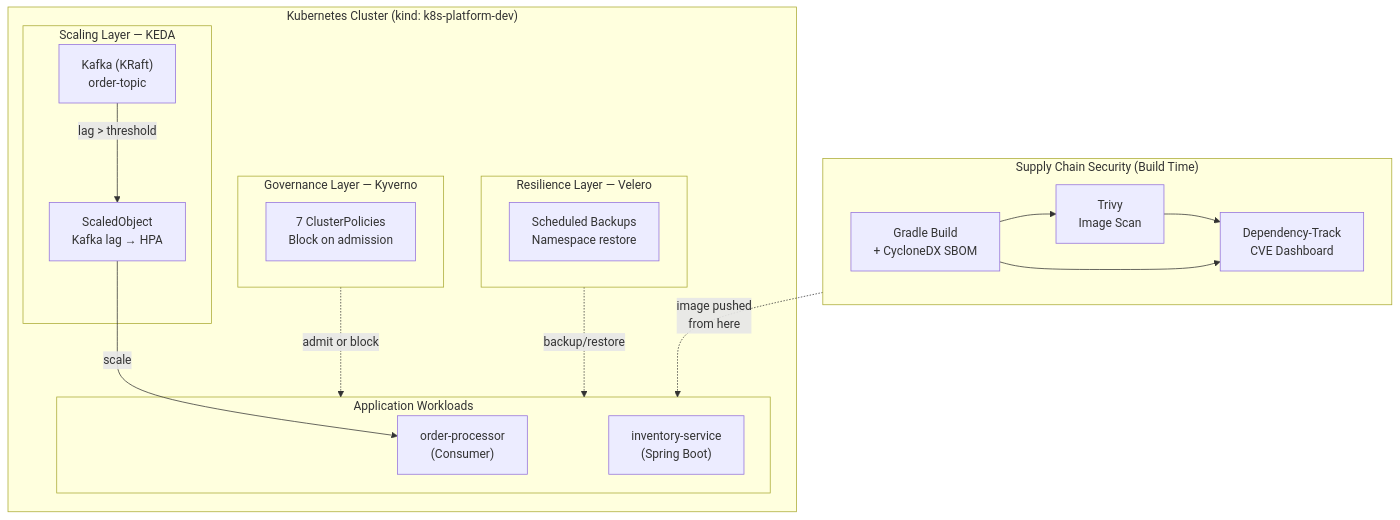
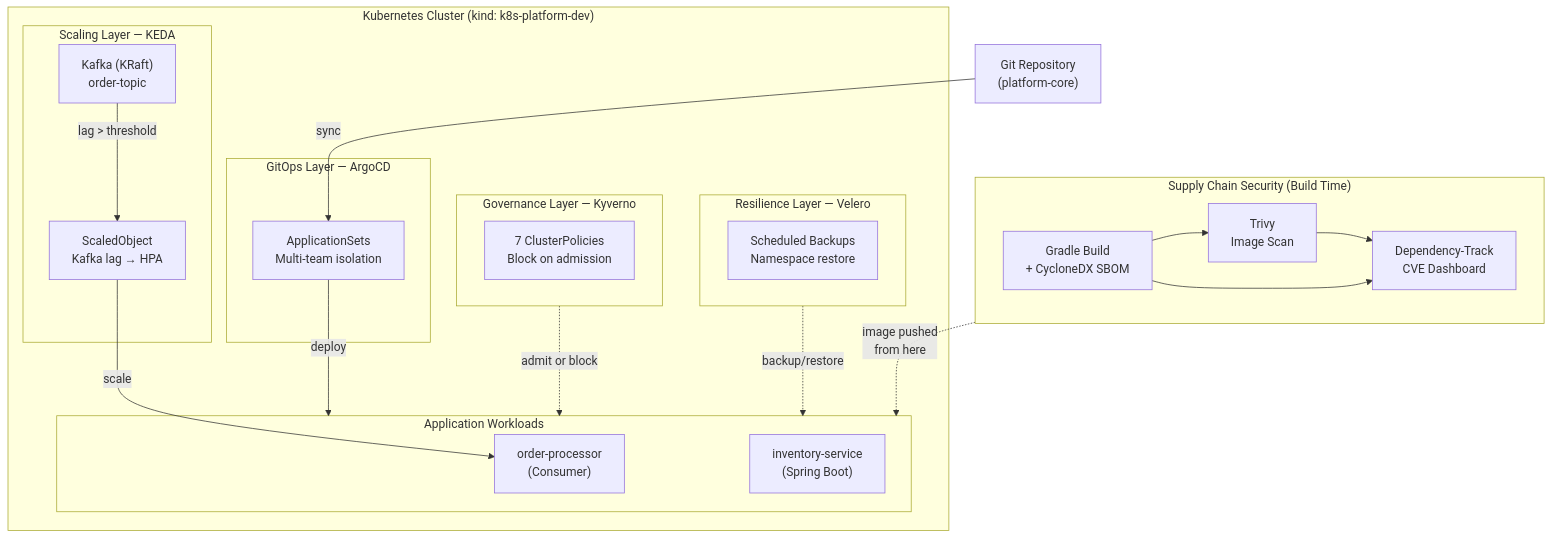
The diagram in README.md (medhunk94/platform-core), drawn with Mermaid before and after one commit. The commit also changed other lines of this file, not shown here.

````diff
--- a/README.md
+++ b/README.md
@@ -13,35 +13,40 @@
 ```mermaid
 flowchart TB
     subgraph cluster["Kubernetes Cluster (kind: k8s-platform-dev)"]
+        subgraph gitops["GitOps Layer — ArgoCD"]
+            argocd["ApplicationSets\nMulti-team isolation"]
+        end
+
         subgraph workload["Application Workloads"]
             app["order-processor\n(Consumer)"]
             inv["inventory-service\n(Spring Boot)"]
         end
 
         subgraph governance["Governance Layer — Kyverno"]
             kyverno["7 ClusterPolicies\nBlock on admission"]
         end
 
         subgraph scaling["Scaling Layer — KEDA"]
             keda["ScaledObject\nKafka lag → HPA"]
             kafka["Kafka (KRaft)\norder-topic"]
         end
 
         subgraph resilience["Resilience Layer — Velero"]
             velero["Scheduled Backups\nNamespace restore"]
         end
     end
 
     subgraph security["Supply Chain Security (Build Time)"]
         gradle["Gradle Build\n+ CycloneDX SBOM"]
         trivy["Trivy\nImage Scan"]
         dtrack["Dependency-Track\nCVE Dashboard"]
         gradle --> trivy --> dtrack
         gradle --> dtrack
     end
 
+    git["Git Repository\n(platform-core)"] -->|"sync"| argocd -->|"deploy"| workload
     kafka -->|"lag > threshold"| keda -->|"scale"| app
     governance -.->|"admit or block"| workload
     resilience -.->|"backup/restore"| workload
     security -.->|"image pushed\nfrom here"| workload
 ```
````
